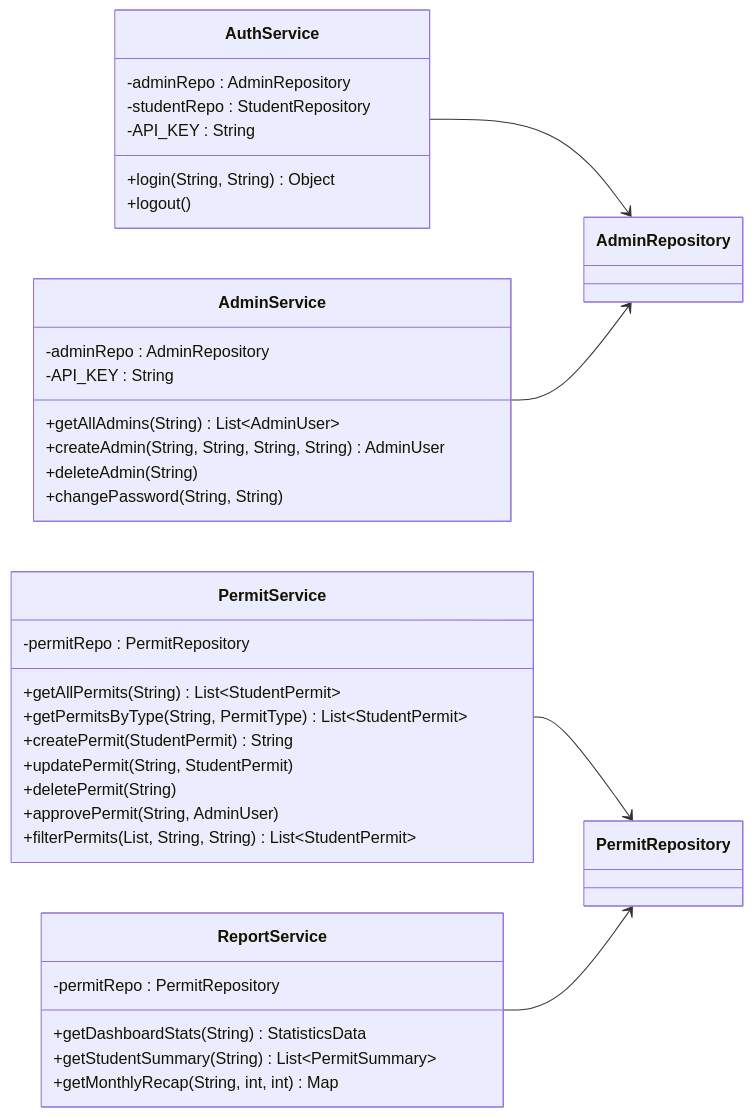
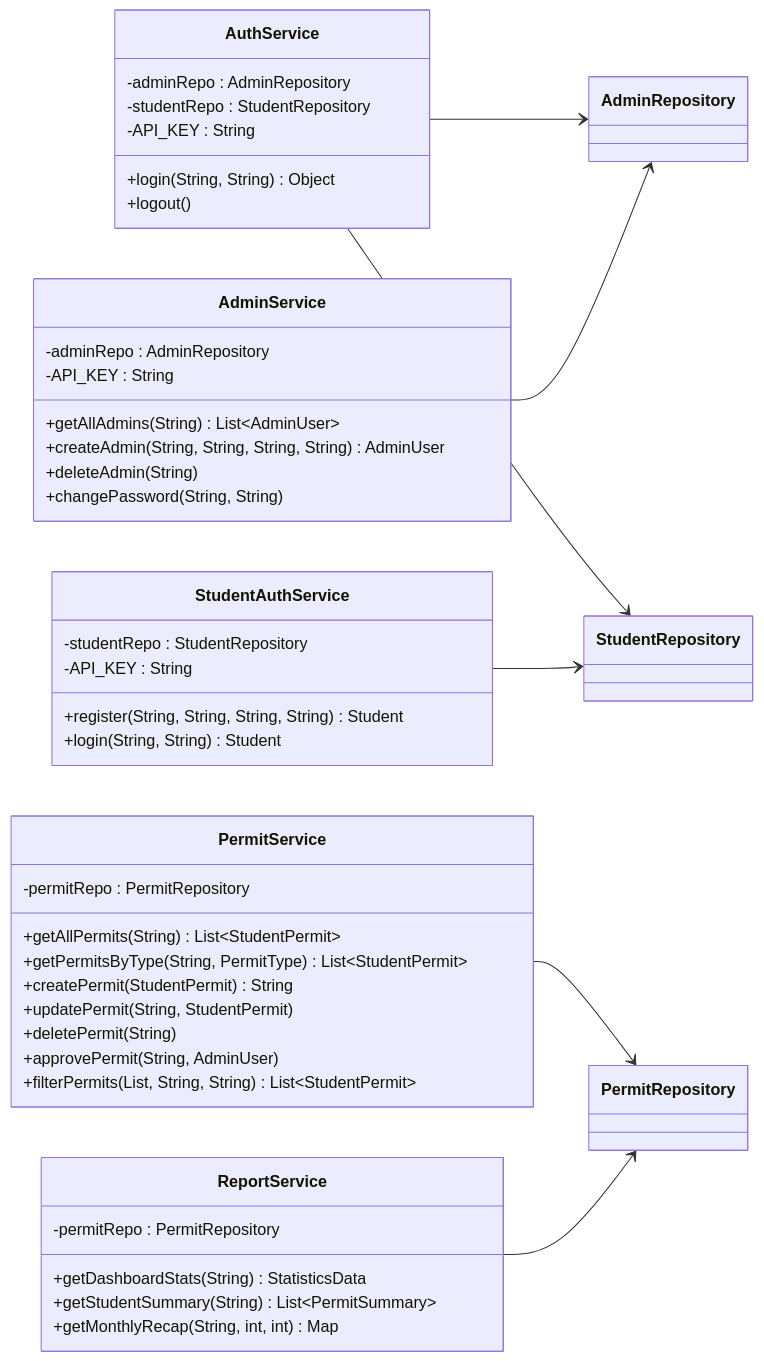
One commit to Doni354/TubesPBO changed the third of 9 diagrams in DOKUMENTASI_PROYEK.md. Above: the diagram before and after it, drawn with Mermaid. The commit also changed other lines of this file and 1 other file, not shown here.

````diff
--- a/DOKUMENTASI_PROYEK.md
+++ b/DOKUMENTASI_PROYEK.md
@@ -264,44 +268,53 @@
 ```mermaid
 classDiagram
     direction LR
 
     class AuthService {
         -adminRepo : AdminRepository
         -studentRepo : StudentRepository
         -API_KEY : String
         +login(String, String) Object
         +logout()
     }
 
     class AdminService {
         -adminRepo : AdminRepository
         -API_KEY : String
         +getAllAdmins(String) List~AdminUser~
         +createAdmin(String, String, String, String) AdminUser
         +deleteAdmin(String)
         +changePassword(String, String)
     }
 
     class PermitService {
         -permitRepo : PermitRepository
         +getAllPermits(String) List~StudentPermit~
         +getPermitsByType(String, PermitType) List~StudentPermit~
         +createPermit(StudentPermit) String
         +updatePermit(String, StudentPermit)
         +deletePermit(String)
         +approvePermit(String, AdminUser)
         +filterPermits(List, String, String) List~StudentPermit~
     }
 
     class ReportService {
         -permitRepo : PermitRepository
         +getDashboardStats(String) StatisticsData
         +getStudentSummary(String) List~PermitSummary~
         +getMonthlyRecap(String, int, int) Map
     }
 
+    class StudentAuthService {
+        -studentRepo : StudentRepository
+        -API_KEY : String
+        +register(String, String, String, String) Student
+        +login(String, String) Student
+    }
+
     AuthService --> AdminRepository
+    AuthService --> StudentRepository
+    StudentAuthService --> StudentRepository
     AdminService --> AdminRepository
     PermitService --> PermitRepository
     ReportService --> PermitRepository
 ```
````
